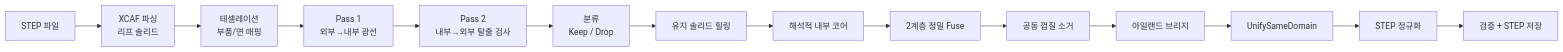
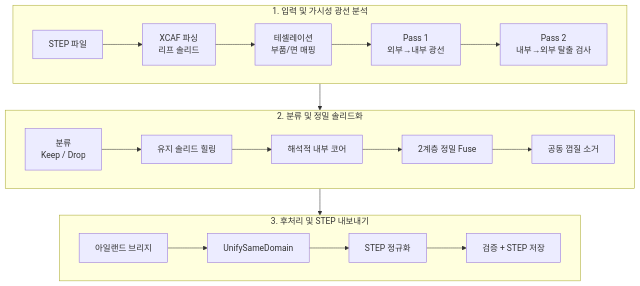
The first of 2 diagrams in docs/theory_ko.md (dhkima-higenmotor/SIMPLE_3D_STEP), drawn with Mermaid before and after one commit. The commit also changed 1 other file, not shown here.

Commit message:
docs: improve Mermaid pipeline flowchart layout to max 5 blocks per row
- Restructure the 14-stage pipeline Mermaid flowchart in docs/theory.md and docs/theory_ko.md from a single wide LR row into a top-to-bottom layout (flowchart TB) with three horizontal subgraph rows (5 + 5 + 4 blocks)
- Link subgraphs directly (S1 --> S2 --> S3) so Mermaid's Dagre layout engine preserves direction LR inside every row on both GitHub and Codeberg
- Quote node and subgraph labels containing special characters for consistent cross-platform Mermaid parsing

````diff
--- a/docs/theory_ko.md
+++ b/docs/theory_ko.md
@@ -42,16 +42,27 @@
 ```mermaid
-flowchart LR
-    A[STEP 파일] --> B[XCAF 파싱<br/>리프 솔리드]
-    B --> C[테셀레이션<br/>부품/면 매핑]
-    C --> D[Pass 1<br/>외부→내부 광선]
-    D --> E[Pass 2<br/>내부→외부 탈출 검사]
-    E --> F[분류<br/>Keep / Drop]
-    F --> G[유지 솔리드 힐링]
-    G --> H[해석적 내부 코어]
-    H --> I[2계층 정밀 Fuse]
-    I --> J[공동 껍질 소거]
-    J --> K[아일랜드 브리지]
-    K --> L[UnifySameDomain]
-    L --> M[STEP 정규화]
-    M --> N[검증 + STEP 저장]
+flowchart TB
+    subgraph S1["1. 입력 및 가시성 광선 분석"]
+        direction LR
+        A["STEP 파일"] --> B["XCAF 파싱<br/>리프 솔리드"]
+        B --> C["테셀레이션<br/>부품/면 매핑"]
+        C --> D["Pass 1<br/>외부→내부 광선"]
+        D --> E["Pass 2<br/>내부→외부 탈출 검사"]
+    end
+
+    subgraph S2["2. 분류 및 정밀 솔리드화"]
+        direction LR
+        F["분류<br/>Keep / Drop"] --> G["유지 솔리드 힐링"]
+        G --> H["해석적 내부 코어"]
+        H --> I["2계층 정밀 Fuse"]
+        I --> J["공동 껍질 소거"]
+    end
+
+    subgraph S3["3. 후처리 및 STEP 내보내기"]
+        direction LR
+        K["아일랜드 브리지"] --> L["UnifySameDomain"]
+        L --> M["STEP 정규화"]
+        M --> N["검증 + STEP 저장"]
+    end
+
+    S1 --> S2 --> S3
 ```
````
